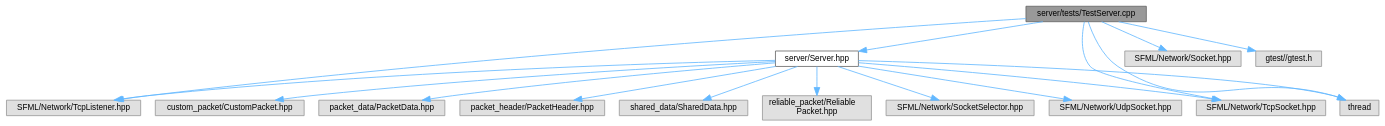
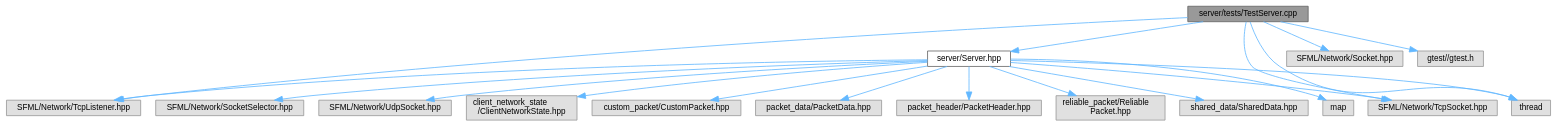
One commit to Houpsi/R-Type changed the diagram in TestServer_8cpp__incl.dot. Above: the diagram before and after it, drawn with Graphviz. The commit also changed 158 other files, not shown here.

```diff
--- a/TestServer_8cpp__incl.dot
+++ b/TestServer_8cpp__incl.dot
@@ -1,37 +1,41 @@
 digraph "server/tests/TestServer.cpp"
 {
  // LATEX_PDF_SIZE
   bgcolor="transparent";
   edge [fontname=Helvetica,fontsize=10,labelfontname=Helvetica,labelfontsize=10];
   node [fontname=Helvetica,fontsize=10,shape=box,height=0.2,width=0.4];
   Node1 [id="Node000001",label="server/tests/TestServer.cpp",height=0.2,width=0.4,color="gray40", fillcolor="grey60", style="filled", fontcolor="black",tooltip=" "];
   Node1 -> Node2 [id="edge1_Node000001_Node000002",color="steelblue1",style="solid",tooltip=" "];
   Node2 [id="Node000002",label="SFML/Network/TcpListener.hpp",height=0.2,width=0.4,color="grey60", fillcolor="#E0E0E0", style="filled",tooltip=" "];
   Node1 -> Node3 [id="edge2_Node000001_Node000003",color="steelblue1",style="solid",tooltip=" "];
   Node3 [id="Node000003",label="server/Server.hpp",height=0.2,width=0.4,color="grey40", fillcolor="white", style="filled",URL="$Server_8hpp.html",tooltip=" "];
   Node3 -> Node4 [id="edge3_Node000003_Node000004",color="steelblue1",style="solid",tooltip=" "];
   Node4 [id="Node000004",label="SFML/Network/SocketSelector.hpp",height=0.2,width=0.4,color="grey60", fillcolor="#E0E0E0", style="filled",tooltip=" "];
   Node3 -> Node5 [id="edge4_Node000003_Node000005",color="steelblue1",style="solid",tooltip=" "];
   Node5 [id="Node000005",label="SFML/Network/UdpSocket.hpp",height=0.2,width=0.4,color="grey60", fillcolor="#E0E0E0", style="filled",tooltip=" "];
   Node3 -> Node6 [id="edge5_Node000003_Node000006",color="steelblue1",style="solid",tooltip=" "];
-  Node6 [id="Node000006",label="custom_packet/CustomPacket.hpp",height=0.2,width=0.4,color="grey60", fillcolor="#E0E0E0", style="filled",tooltip=" "];
+  Node6 [id="Node000006",label="client_network_state\l/ClientNetworkState.hpp",height=0.2,width=0.4,color="grey60", fillcolor="#E0E0E0", style="filled",tooltip=" "];
   Node3 -> Node7 [id="edge6_Node000003_Node000007",color="steelblue1",style="solid",tooltip=" "];
-  Node7 [id="Node000007",label="packet_data/PacketData.hpp",height=0.2,width=0.4,color="grey60", fillcolor="#E0E0E0", style="filled",tooltip=" "];
+  Node7 [id="Node000007",label="custom_packet/CustomPacket.hpp",height=0.2,width=0.4,color="grey60", fillcolor="#E0E0E0", style="filled",tooltip=" "];
   Node3 -> Node8 [id="edge7_Node000003_Node000008",color="steelblue1",style="solid",tooltip=" "];
-  Node8 [id="Node000008",label="packet_header/PacketHeader.hpp",height=0.2,width=0.4,color="grey60", fillcolor="#E0E0E0", style="filled",tooltip=" "];
+  Node8 [id="Node000008",label="packet_data/PacketData.hpp",height=0.2,width=0.4,color="grey60", fillcolor="#E0E0E0", style="filled",tooltip=" "];
   Node3 -> Node9 [id="edge8_Node000003_Node000009",color="steelblue1",style="solid",tooltip=" "];
-  Node9 [id="Node000009",label="shared_data/SharedData.hpp",height=0.2,width=0.4,color="grey60", fillcolor="#E0E0E0", style="filled",tooltip=" "];
-  Node3 -> Node2 [id="edge9_Node000003_Node000002",color="steelblue1",style="solid",tooltip=" "];
-  Node3 -> Node10 [id="edge10_Node000003_Node000010",color="steelblue1",style="solid",tooltip=" "];
-  Node10 [id="Node000010",label="SFML/Network/TcpSocket.hpp",height=0.2,width=0.4,color="grey60", fillcolor="#E0E0E0", style="filled",tooltip=" "];
-  Node3 -> Node11 [id="edge11_Node000003_Node000011",color="steelblue1",style="solid",tooltip=" "];
-  Node11 [id="Node000011",label="thread",height=0.2,width=0.4,color="grey60", fillcolor="#E0E0E0", style="filled",tooltip=" "];
+  Node9 [id="Node000009",label="packet_header/PacketHeader.hpp",height=0.2,width=0.4,color="grey60", fillcolor="#E0E0E0", style="filled",tooltip=" "];
+  Node3 -> Node10 [id="edge9_Node000003_Node000010",color="steelblue1",style="solid",tooltip=" "];
+  Node10 [id="Node000010",label="reliable_packet/Reliable\lPacket.hpp",height=0.2,width=0.4,color="grey60", fillcolor="#E0E0E0", style="filled",tooltip=" "];
+  Node3 -> Node11 [id="edge10_Node000003_Node000011",color="steelblue1",style="solid",tooltip=" "];
+  Node11 [id="Node000011",label="shared_data/SharedData.hpp",height=0.2,width=0.4,color="grey60", fillcolor="#E0E0E0", style="filled",tooltip=" "];
+  Node3 -> Node2 [id="edge11_Node000003_Node000002",color="steelblue1",style="solid",tooltip=" "];
   Node3 -> Node12 [id="edge12_Node000003_Node000012",color="steelblue1",style="solid",tooltip=" "];
-  Node12 [id="Node000012",label="reliable_packet/Reliable\lPacket.hpp",height=0.2,width=0.4,color="grey60", fillcolor="#E0E0E0", style="filled",tooltip=" "];
-  Node1 -> Node13 [id="edge13_Node000001_Node000013",color="steelblue1",style="solid",tooltip=" "];
-  Node13 [id="Node000013",label="SFML/Network/Socket.hpp",height=0.2,width=0.4,color="grey60", fillcolor="#E0E0E0", style="filled",tooltip=" "];
-  Node1 -> Node10 [id="edge14_Node000001_Node000010",color="steelblue1",style="solid",tooltip=" "];
-  Node1 -> Node14 [id="edge15_Node000001_Node000014",color="steelblue1",style="solid",tooltip=" "];
-  Node14 [id="Node000014",label="gtest//gtest.h",height=0.2,width=0.4,color="grey60", fillcolor="#E0E0E0", style="filled",tooltip=" "];
-  Node1 -> Node11 [id="edge16_Node000001_Node000011",color="steelblue1",style="solid",tooltip=" "];
+  Node12 [id="Node000012",label="SFML/Network/TcpSocket.hpp",height=0.2,width=0.4,color="grey60", fillcolor="#E0E0E0", style="filled",tooltip=" "];
+  Node3 -> Node13 [id="edge13_Node000003_Node000013",color="steelblue1",style="solid",tooltip=" "];
+  Node13 [id="Node000013",label="map",height=0.2,width=0.4,color="grey60", fillcolor="#E0E0E0", style="filled",tooltip=" "];
+  Node3 -> Node14 [id="edge14_Node000003_Node000014",color="steelblue1",style="solid",tooltip=" "];
+  Node14 [id="Node000014",label="thread",height=0.2,width=0.4,color="grey60", fillcolor="#E0E0E0", style="filled",tooltip=" "];
+  Node1 -> Node15 [id="edge15_Node000001_Node000015",color="steelblue1",style="solid",tooltip=" "];
+  Node15 [id="Node000015",label="SFML/Network/Socket.hpp",height=0.2,width=0.4,color="grey60", fillcolor="#E0E0E0", style="filled",tooltip=" "];
+  Node1 -> Node12 [id="edge16_Node000001_Node000012",color="steelblue1",style="solid",tooltip=" "];
+  Node1 -> Node16 [id="edge17_Node000001_Node000016",color="steelblue1",style="solid",tooltip=" "];
+  Node16 [id="Node000016",label="gtest//gtest.h",height=0.2,width=0.4,color="grey60", fillcolor="#E0E0E0", style="filled",tooltip=" "];
+  Node1 -> Node14 [id="edge18_Node000001_Node000014",color="steelblue1",style="solid",tooltip=" "];
 }
```
